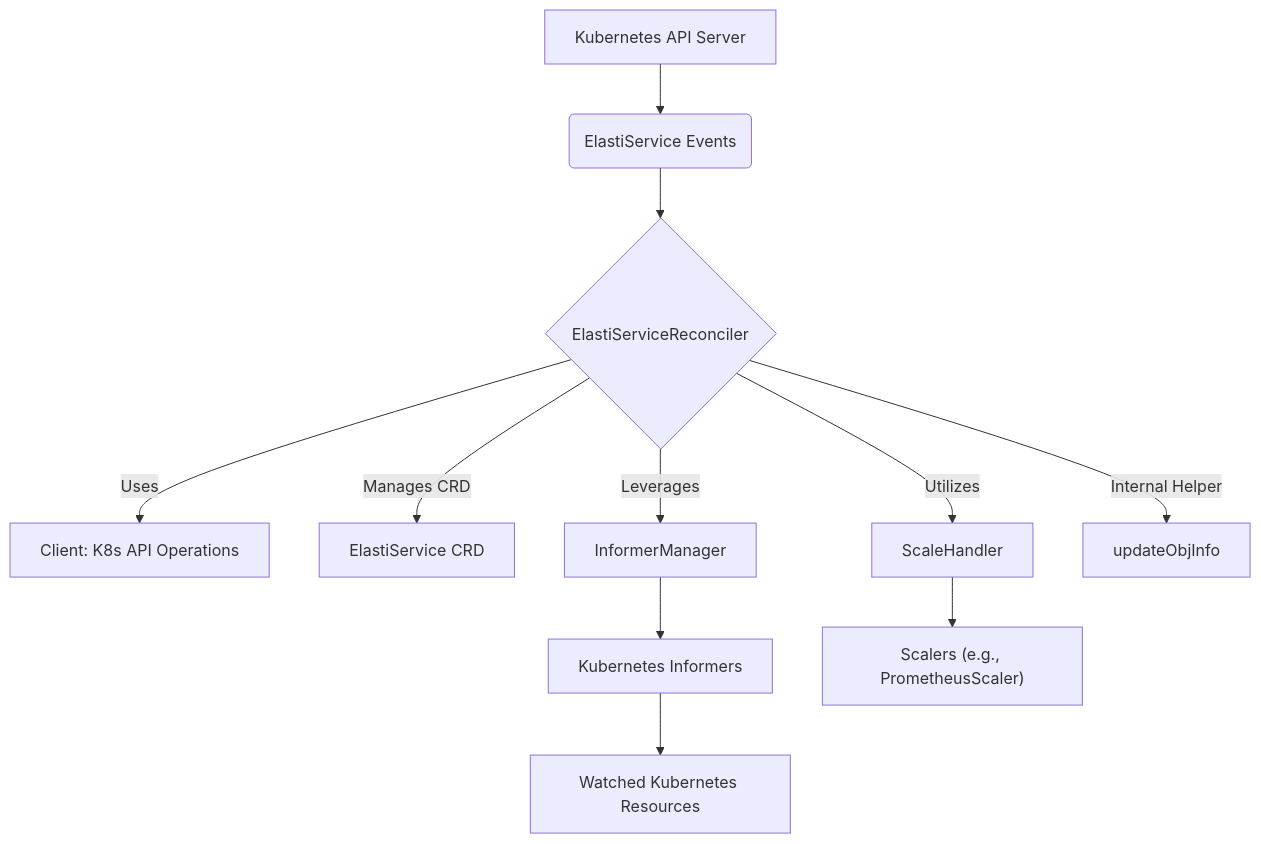
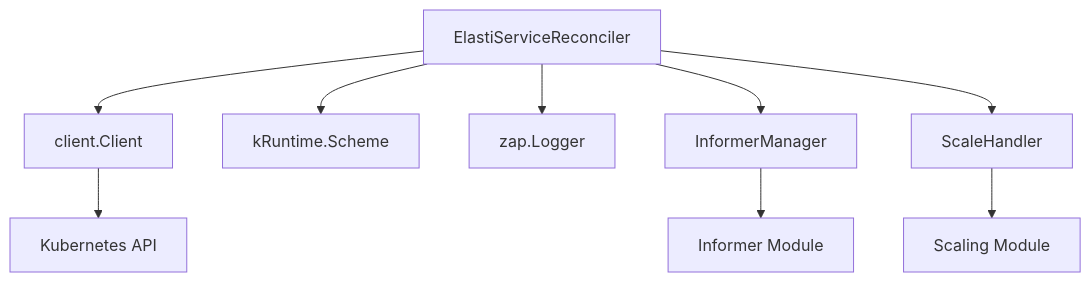
Before and after one commit to ShreyasPatel031/CodeWiki: the diagram in demo/repos/KubeElasti/controller.md, drawn with Mermaid. The commit also changed other lines of this file and 23 other files, not shown here.

Commit message:
Update KubeElasti docs with proper module tree (19 modules)

````diff
--- a/demo/repos/KubeElasti/controller.md
+++ b/demo/repos/KubeElasti/controller.md
@@ -49,19 +33,15 @@
 ```mermaid
 graph TD
-    A[Kubernetes API Server] --> B(ElastiService Events)
-    B --> C{ElastiServiceReconciler}
-    C -- "Uses" --> D[Client: K8s API Operations]
-    C -- "Manages CRD" --> K[ElastiService CRD]
-    C -- "Leverages" --> E[InformerManager]
-    C -- "Utilizes" --> F[ScaleHandler]
-    C -- "Internal Helper" --> J[updateObjInfo]
+    A[ElastiServiceReconciler] --> B[client.Client]
+    A --> C[kRuntime.Scheme]
+    A --> D[zap.Logger]
+    A --> E[InformerManager]
+    A --> F[ScaleHandler]
 
-    E --> G[Kubernetes Informers]
-    G --> H[Watched Kubernetes Resources]
+    E[InformerManager] --> informer_module[Informer Module]
+    F[ScaleHandler] --> scaling_module[Scaling Module]
+    B[client.Client] --> k8s_api[Kubernetes API]
 
-    F --> I["Scalers (e.g., PrometheusScaler)"]
-
-    click K "api_v1alpha1.md" "View API v1alpha1 Module Documentation"
-    click E "informer.md" "View Informer Module Documentation"
-    click F "pkg.md" "View Pkg Module Documentation"
+    click informer_module "informer.md" "View Informer Module Documentation"
+    click scaling_module "scaling.md" "View Scaling Module Documentation"
 ```
````
